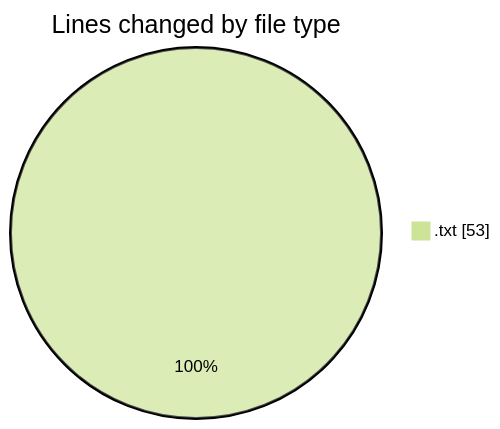
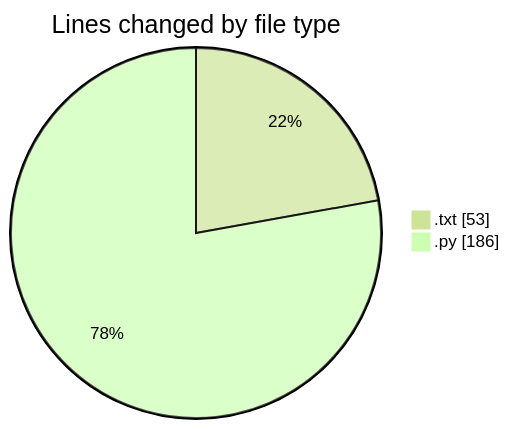
Before and after one commit to MatusMokan/code-tracking: the first of 2 diagrams in 2025-01-22/myws__workspace_/README.md, drawn with Mermaid (forest theme). The commit also changed other lines of this file and 1 other file, not shown here.

````diff
--- a/2025-01-22/myws__workspace_/README.md
+++ b/2025-01-22/myws__workspace_/README.md
@@ -20,5 +21,6 @@
 ```mermaid
 pie showData
 title Lines changed by file type
 ".txt" : 53
+".py" : 186
 ```
````
